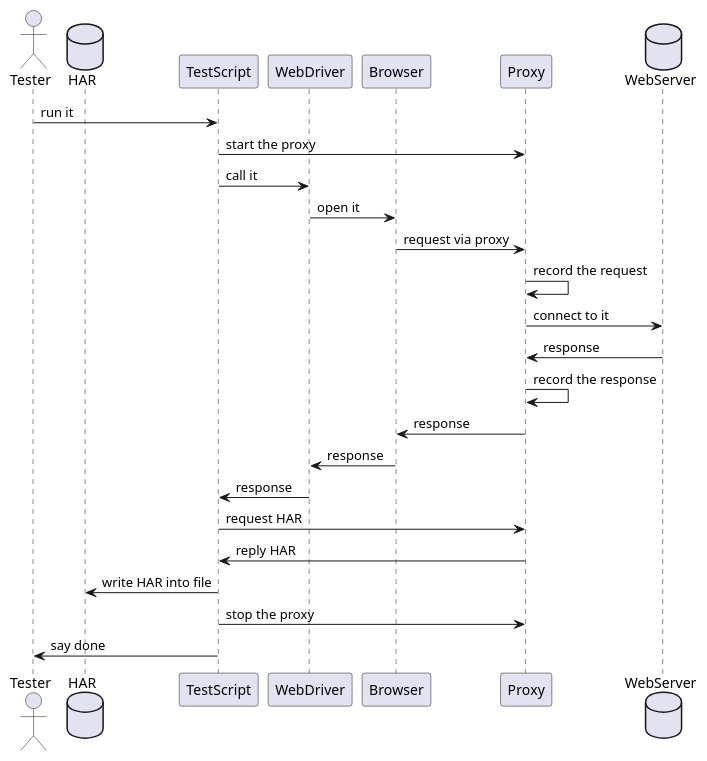
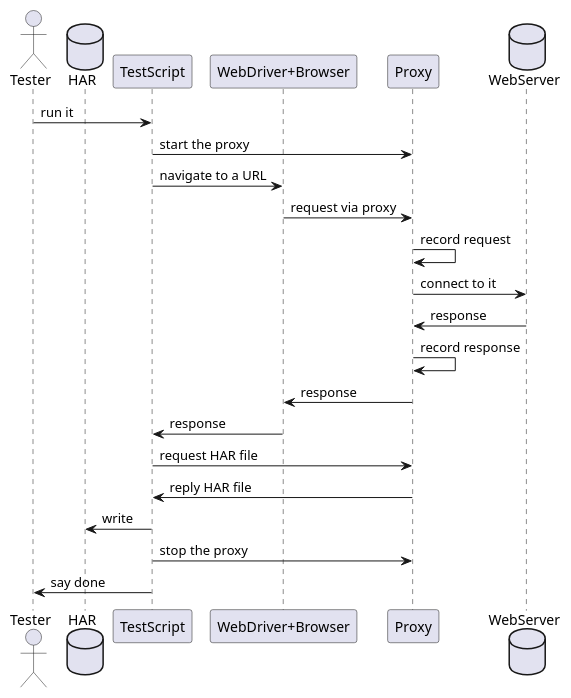
One commit to kazurayam/BrowserMobProxyInKatalonStudio changed the diagram in docs/diagrams/src/sequence.pu. Above: the diagram before and after it, drawn with PlantUML.

Commit message:
refine the sequence diagram

```diff
--- a/docs/diagrams/src/sequence.pu
+++ b/docs/diagrams/src/sequence.pu
@@ -1,27 +1,24 @@
 @startuml sequence
 actor       Tester     as tester
 database    HAR        as file
 participant TestScript as script
-participant WebDriver  as driver
-participant Browser    as browser
+participant "WebDriver+Browser" as browser
 participant Proxy      as proxy
 database    WebServer  as server
 
 tester   -> script     : run it
 script   -> proxy      : start the proxy
-script   -> driver     : call it
-driver   -> browser    : open it
+script   -> browser    : navigate to a URL
 browser  -> proxy      : request via proxy
-proxy    -> proxy      : record the request
+proxy    -> proxy      : record request
 proxy    -> server     : connect to it
 server   -> proxy      : response
-proxy    -> proxy      : record the response
+proxy    -> proxy      : record response
 proxy    -> browser    : response
-browser  -> driver     : response
-driver   -> script     : response
-script   -> proxy      : request HAR
-proxy    -> script     : reply HAR
-script   -> file       : write HAR into file
+browser  -> script     : response
+script   -> proxy      : request HAR file
+proxy    -> script     : reply HAR file
+script   -> file       : write
 script   -> proxy      : stop the proxy
 script   -> tester     : say done
 @enduml
```
